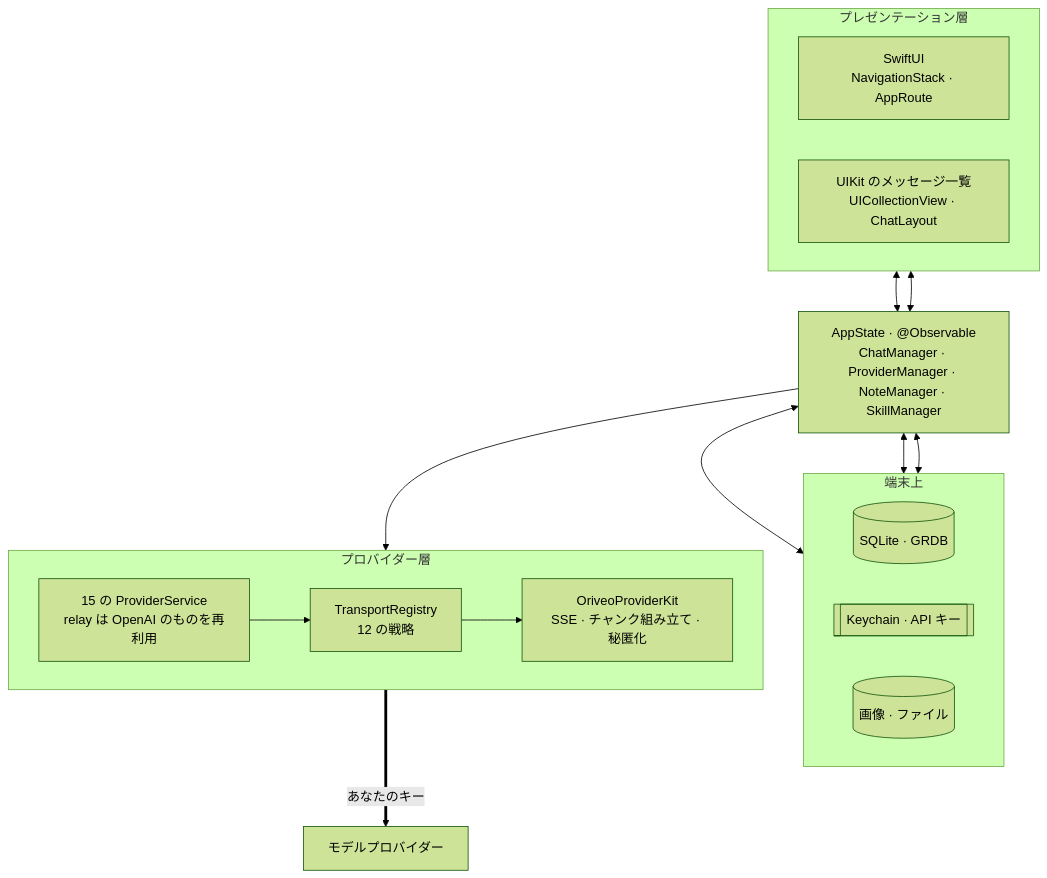
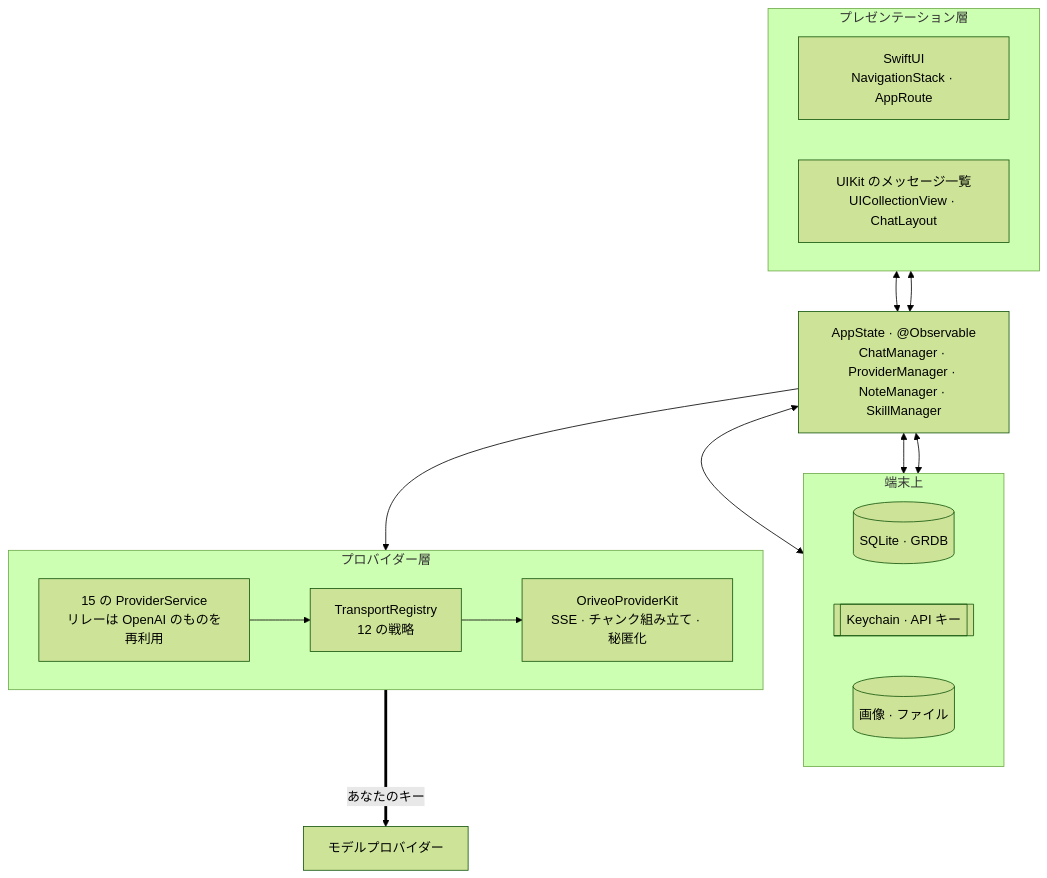
Before and after one commit to oriveo/oriveo: the first of 2 diagrams in readme_i18n/ja/ios.md, drawn with Mermaid (forest theme). The commit also changed other lines of this file and 89 other files, not shown here.

````diff
--- a/readme_i18n/ja/ios.md
+++ b/readme_i18n/ja/ios.md
@@ -51,30 +51,30 @@
 ```mermaid
 flowchart TB
     subgraph ui ["プレゼンテーション層"]
         direction LR
         swiftui["SwiftUI<br/>NavigationStack · AppRoute"]
         uikit["UIKit のメッセージ一覧<br/>UICollectionView · ChatLayout"]
     end
 
     appstate["AppState · @Observable<br/>ChatManager · ProviderManager · NoteManager · SkillManager"]
 
     subgraph store ["端末上"]
         direction LR
         grdb[("SQLite · GRDB")]
         keychain[["Keychain · API キー"]]
         files[("画像 · ファイル")]
     end
 
     subgraph provider ["プロバイダー層"]
         direction LR
-        services["15 の ProviderService<br/>relay は OpenAI のものを再利用"]
+        services["15 の ProviderService<br/>リレーは OpenAI のものを再利用"]
         transports["TransportRegistry<br/>12 の戦略"]
         kit["OriveoProviderKit<br/>SSE · チャンク組み立て · 秘匿化"]
     end
 
     swiftui & uikit <--> appstate
     appstate <--> grdb & keychain & files
     appstate --> services
     services --> transports --> kit
     kit ==>|"あなたのキー"| up["モデルプロバイダー"]
 ```
````
